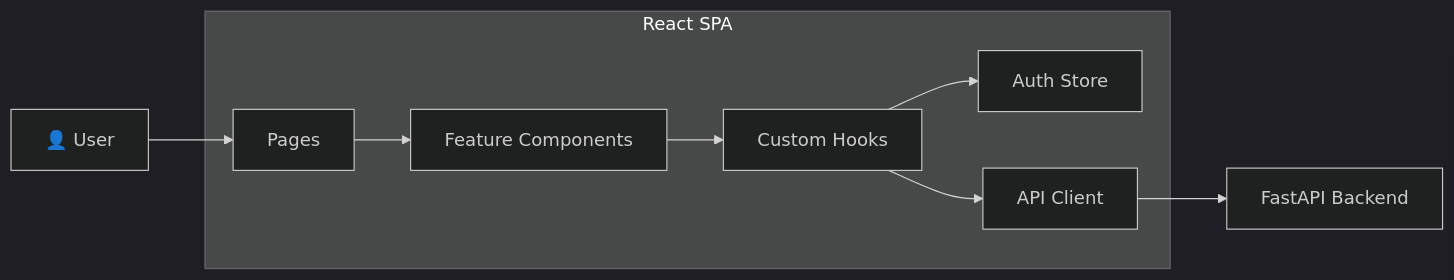
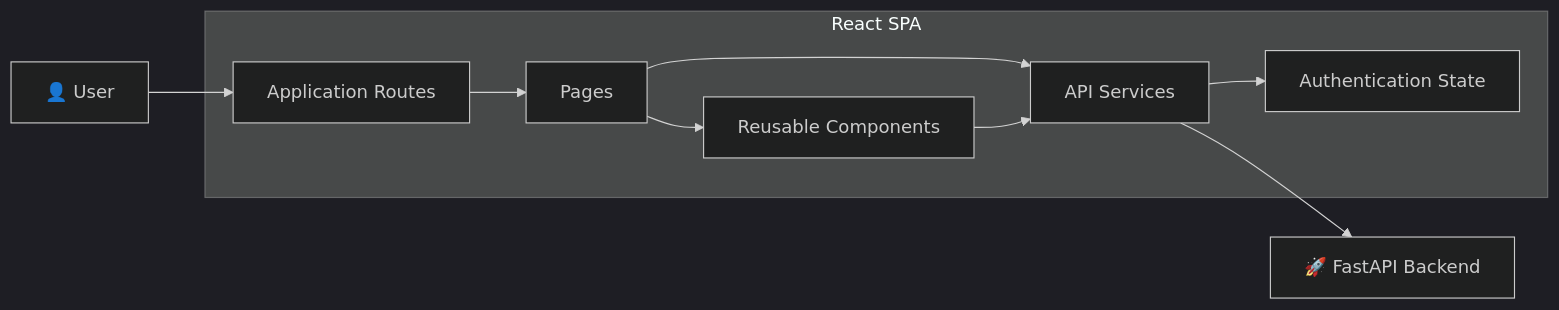
The seventh of 30 diagrams in support_ai_project_architecture.md (Prithunandananks/SupportAI), drawn with Mermaid (dark theme) before and after one commit. The commit also changed other lines of this file, not shown here.

````diff
--- a/support_ai_project_architecture.md
+++ b/support_ai_project_architecture.md
@@ -349,33 +922,35 @@
 ```mermaid
 flowchart LR
 
 User["👤 User"]
 
 subgraph Browser["React SPA"]
 
+Routes["Application Routes"]
+
 Pages["Pages"]
 
-Components["Feature Components"]
+Components["Reusable Components"]
 
-Hooks["Custom Hooks"]
+Services["API Services"]
 
-Store["Auth Store"]
-
-API["API Client"]
+Auth["Authentication State"]
 
 end
 
-Backend["FastAPI Backend"]
+Backend["🚀 FastAPI Backend"]
 
-User --> Pages
+User --> Routes
+
+Routes --> Pages
 
 Pages --> Components
 
-Components --> Hooks
+Pages --> Services
 
-Hooks --> Store
+Components --> Services
 
-Hooks --> API
+Services --> Auth
 
-API --> Backend
+Services --> Backend
 ```
````
